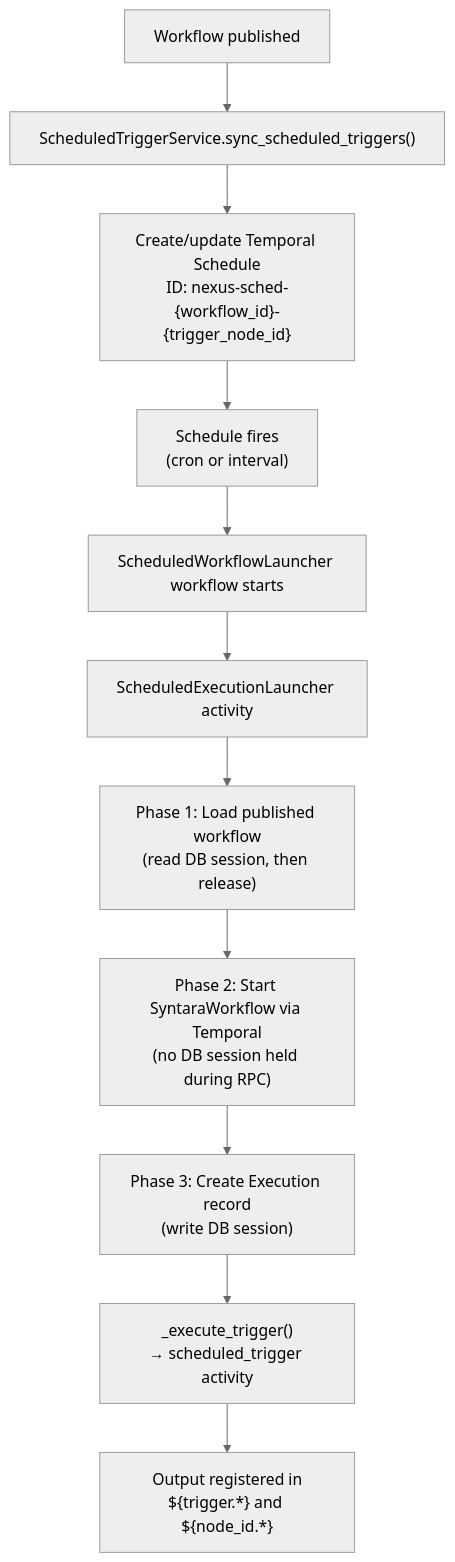
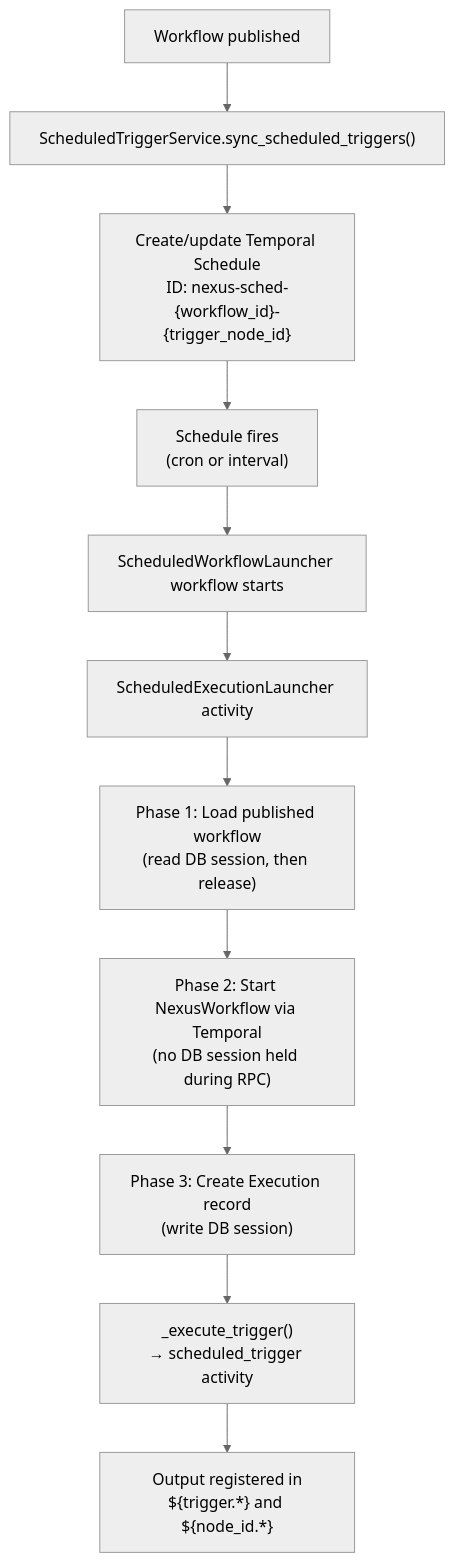
Before and after one commit to syntara-orchestration/syntara: the diagram in backend/docs/workflow-engine/triggers/scheduled-trigger.md, drawn with Mermaid (neutral theme). The commit also changed other lines of this file and 29 other files, not shown here.

````diff
--- a/backend/docs/workflow-engine/triggers/scheduled-trigger.md
+++ b/backend/docs/workflow-engine/triggers/scheduled-trigger.md
@@ -11,15 +11,15 @@
 ```mermaid
 flowchart TD
     PUB["Workflow published"] --> SYNC["ScheduledTriggerService.sync_scheduled_triggers()"]
     SYNC --> TS["Create/update Temporal Schedule<br/>ID: nexus-sched-{workflow_id}-{trigger_node_id}"]
     TS --> FIRE["Schedule fires<br/>(cron or interval)"]
     FIRE --> LAUNCH["ScheduledWorkflowLauncher workflow starts"]
     LAUNCH --> ACT["ScheduledExecutionLauncher activity"]
 
     ACT --> P1["Phase 1: Load published workflow<br/>(read DB session, then release)"]
-    P1 --> P2["Phase 2: Start SyntaraWorkflow via Temporal<br/>(no DB session held during RPC)"]
+    P1 --> P2["Phase 2: Start NexusWorkflow via Temporal<br/>(no DB session held during RPC)"]
     P2 --> P3["Phase 3: Create Execution record<br/>(write DB session)"]
 
     P3 --> ENGINE["_execute_trigger()<br/>→ scheduled_trigger activity"]
     ENGINE --> NS["Output registered in<br/>${trigger.*} and ${node_id.*}"]
 ```
````
